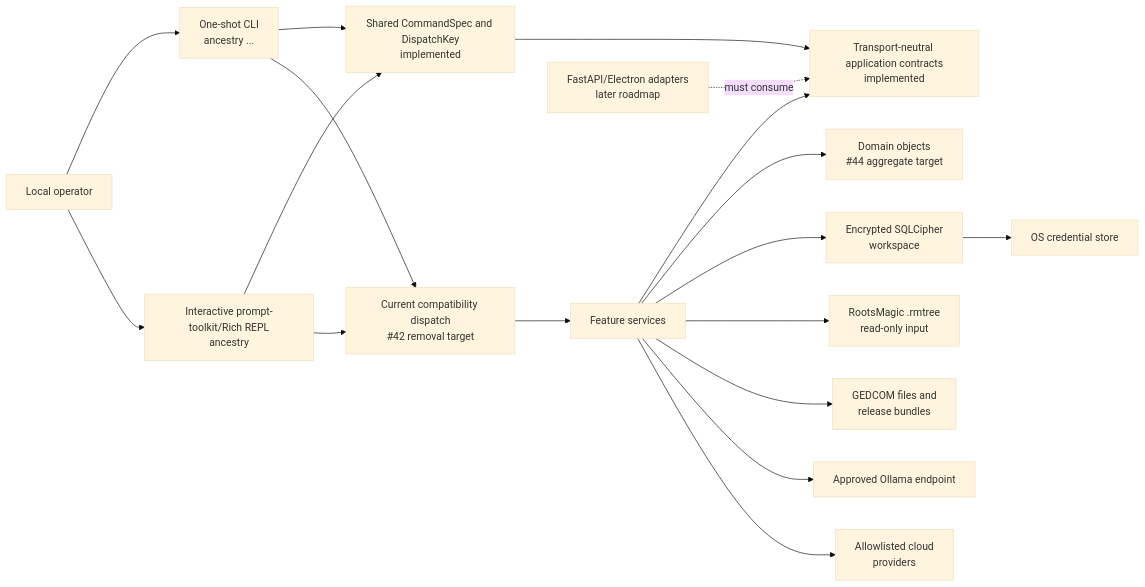
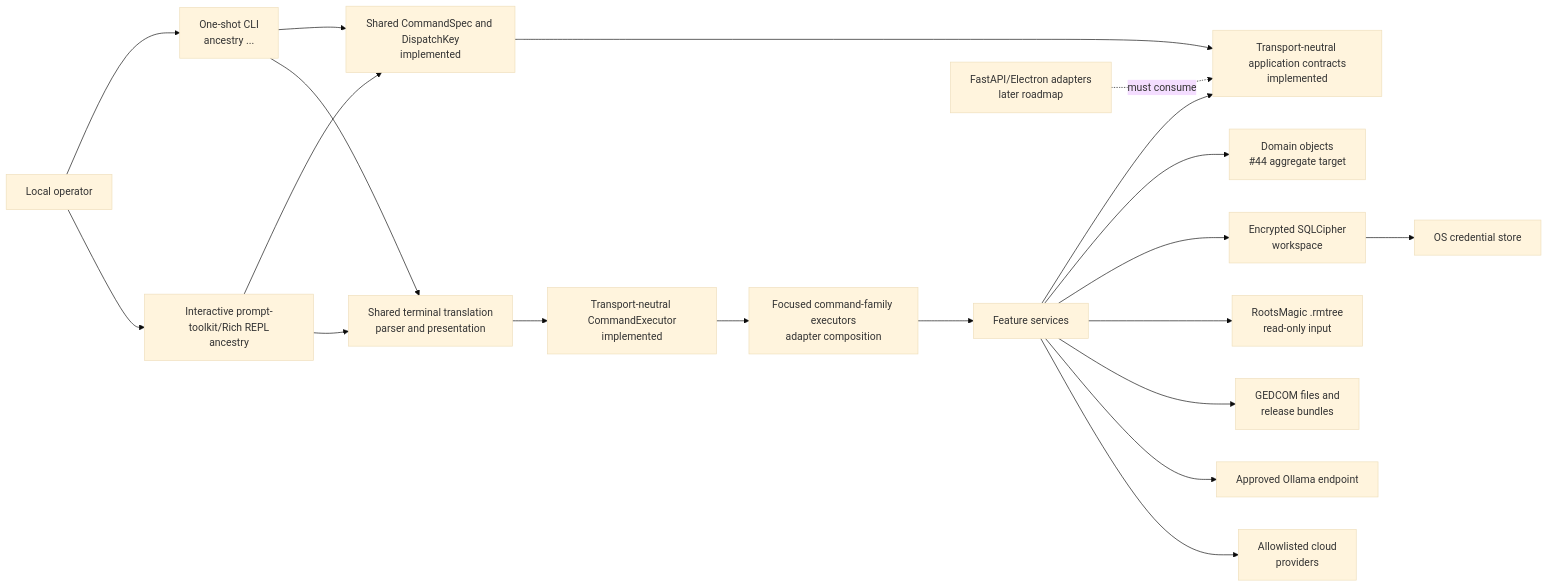
Before and after one commit to sodejm/AncestryLLM: the first of 3 diagrams in ARCHITECTURE.md, drawn with Mermaid (base theme). The commit also changed other lines of this file and 31 other files, not shown here.

Commit message:
feat: share command execution across terminal adapters

````diff
--- a/ARCHITECTURE.md
+++ b/ARCHITECTURE.md
@@ -52,36 +54,40 @@
 ```mermaid
 flowchart LR
     Operator["Local operator"]
     CLI["One-shot CLI\nancestry ..."]
     Console["Interactive prompt-toolkit/Rich REPL\nancestry"]
     Specs["Shared CommandSpec and DispatchKey\nimplemented"]
     Contracts["Transport-neutral application contracts\nimplemented"]
-    Current["Current compatibility dispatch\n#42 removal target"]
+    Terminal["Shared terminal translation\nparser and presentation"]
+    Executor["Transport-neutral CommandExecutor\nimplemented"]
+    Handlers["Focused command-family executors\nadapter composition"]
     Services["Feature services"]
     Domain["Domain objects\n#44 aggregate target"]
     Workspace["Encrypted SQLCipher\nworkspace"]
     Keyring["OS credential store"]
     RM["RootsMagic .rmtree\nread-only input"]
     GED["GEDCOM files and\nrelease bundles"]
     LocalLLM["Approved Ollama endpoint"]
     Cloud["Allowlisted cloud\nproviders"]
     Future["FastAPI/Electron adapters\nlater roadmap"]
 
     Operator --> CLI
     Operator --> Console
     CLI --> Specs
     Console --> Specs
-    CLI --> Current
-    Console --> Current
-    Current --> Services
+    CLI --> Terminal
+    Console --> Terminal
+    Terminal --> Executor
+    Executor --> Handlers
+    Handlers --> Services
     Specs --> Contracts
     Services --> Contracts
     Services --> Domain
     Services --> Workspace
     Workspace --> Keyring
     Services --> RM
     Services --> GED
     Services --> LocalLLM
     Services --> Cloud
     Future -. "must consume" .-> Contracts
 ```
````
